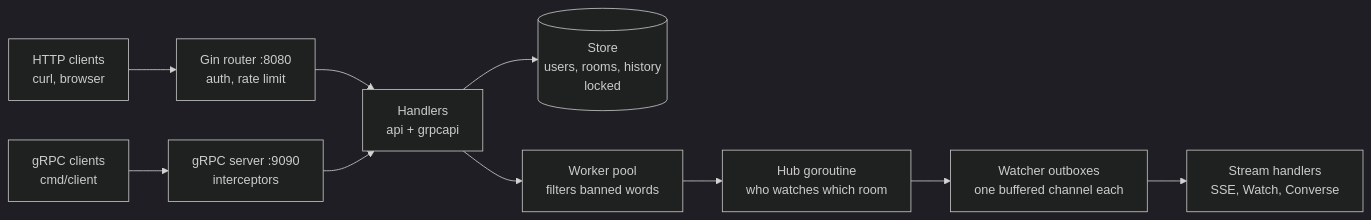
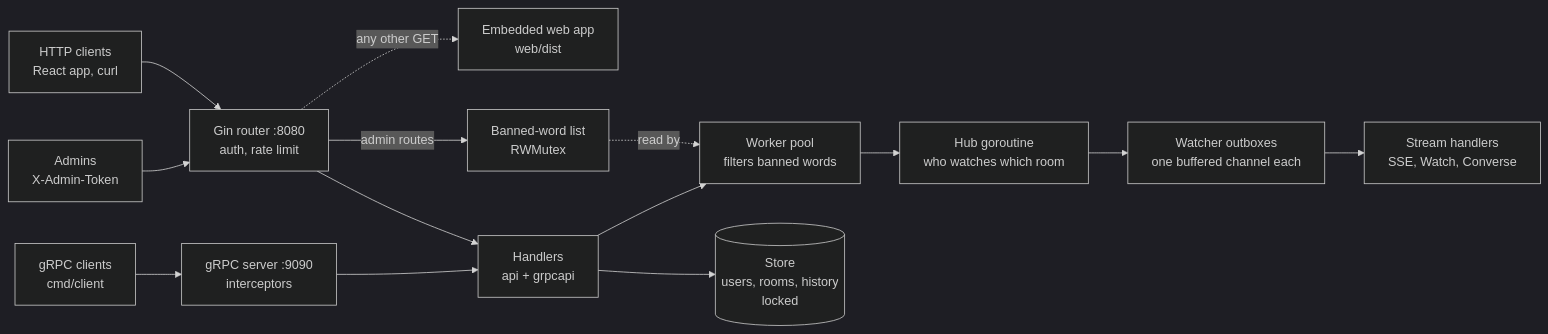
One commit to Bazelle6726/chatserver changed the diagram in README.md. Above: the diagram before and after it, drawn with Mermaid (dark theme). The commit also changed other lines of this file, not shown here.

````diff
--- a/README.md
+++ b/README.md
@@ -46,12 +20,16 @@
 ```mermaid
 flowchart LR
-    HC[HTTP clients<br/>curl, browser] --> GIN[Gin router :8080<br/>auth, rate limit]
+    HC[HTTP clients<br/>React app, curl] --> GIN[Gin router :8080<br/>auth, rate limit]
+    AD[Admins<br/>X-Admin-Token] --> GIN
     GC[gRPC clients<br/>cmd/client] --> GRPC[gRPC server :9090<br/>interceptors]
+    GIN -. any other GET .-> WEB[Embedded web app<br/>web/dist]
+    GIN -- admin routes --> ML[Banned-word list<br/>RWMutex]
+    ML -. read by .-> P
     GIN --> H[Handlers<br/>api + grpcapi]
     GRPC --> H
     H --> S[(Store<br/>users, rooms, history<br/>locked)]
     H --> P[Worker pool<br/>filters banned words]
     P --> HUB[Hub goroutine<br/>who watches which room]
     HUB --> O[Watcher outboxes<br/>one buffered channel each]
     O --> W[Stream handlers<br/>SSE, Watch, Converse]
 ```
````
